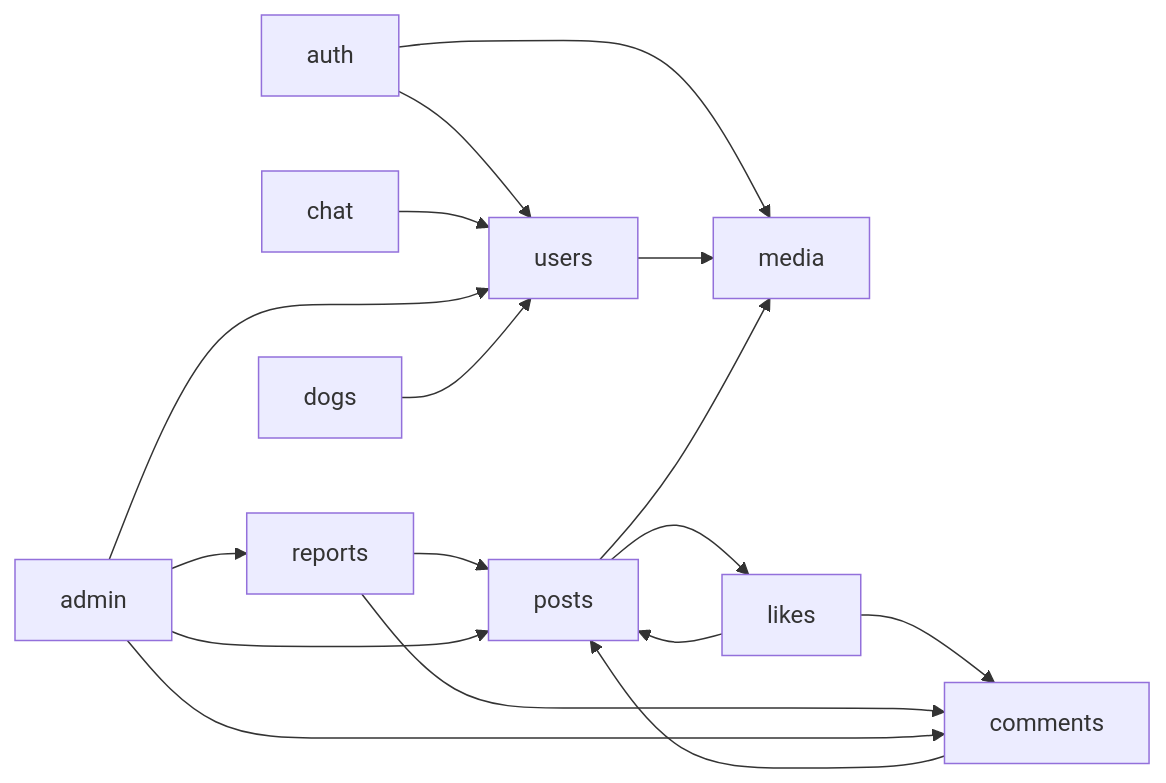
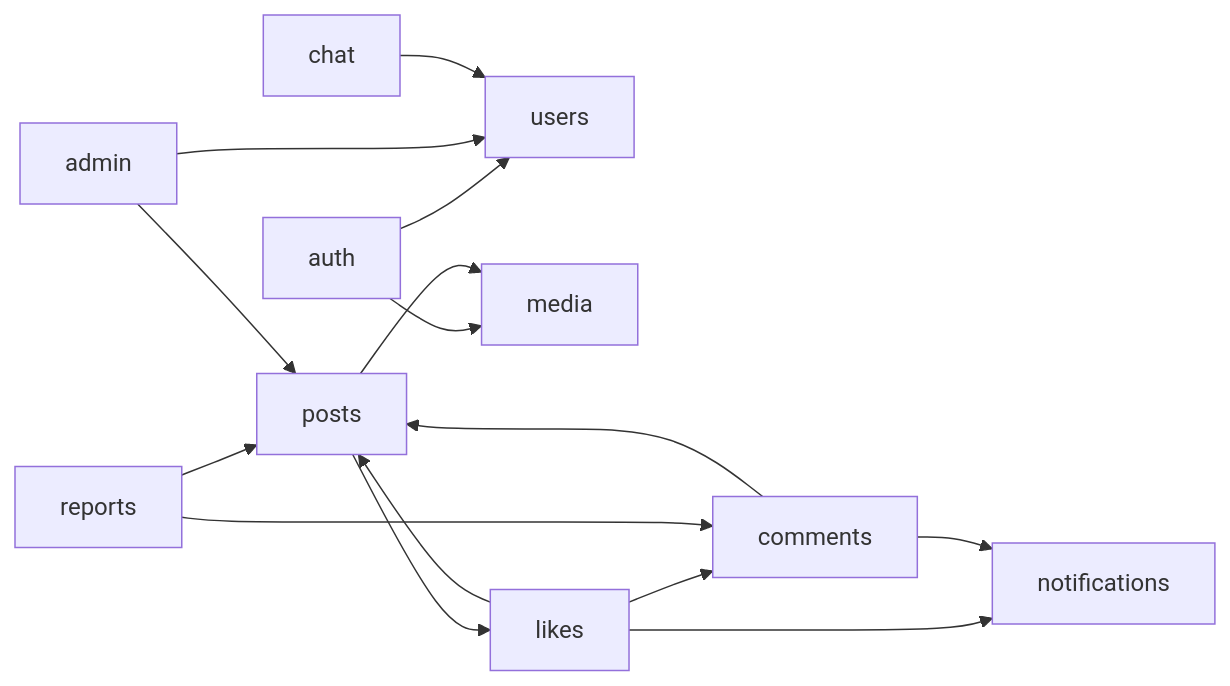
One commit to kyjness/2-kyjness-community-be changed the first of 2 diagrams in docs/architecture.md. Above: the diagram before and after it, drawn with Mermaid. The commit also changed other lines of this file and 83 other files, not shown here.

````diff
--- a/docs/architecture.md
+++ b/docs/architecture.md
@@ -320,19 +291,17 @@
 ```mermaid
 flowchart LR
-    auth[auth] --> users[users]
-    auth --> media[media]
-    users --> media
-    chat[chat] --> users
-    posts[posts] --> media
-    posts --> likes[likes]
-    comments[comments] --> posts
+    auth --> users
+    auth --> media
+    posts --> media
+    posts --> likes
+    comments --> posts
     likes --> posts
     likes --> comments
-    reports[reports] --> posts
+    likes --> notifications
+    comments --> notifications
+    reports --> posts
     reports --> comments
-    admin[admin] --> posts
-    admin --> comments
+    admin --> posts
     admin --> users
-    admin --> reports
-    dogs[dogs] --> users
+    chat --> users
 ```
````
